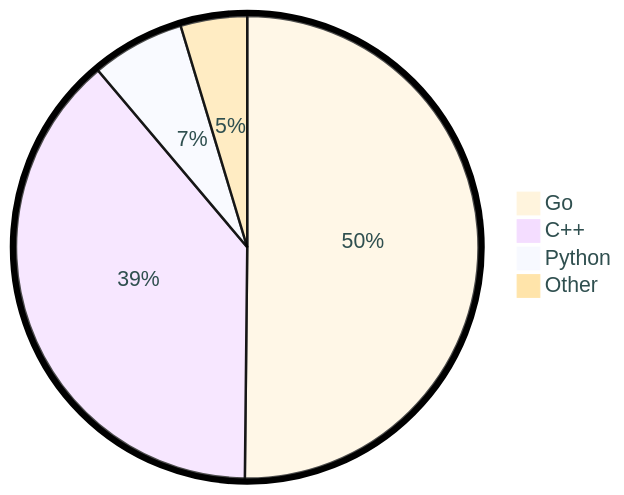
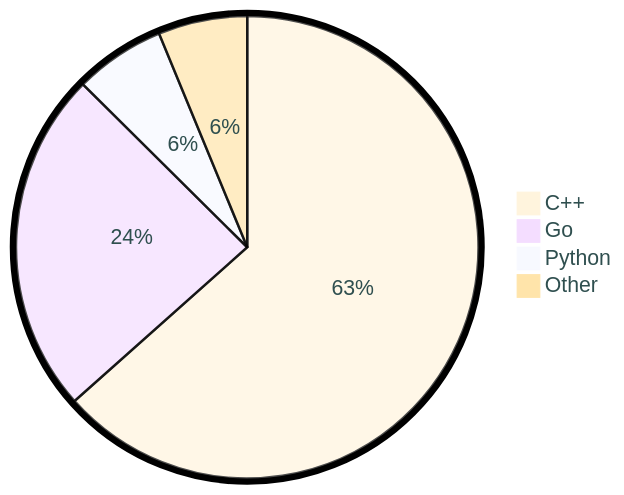
Before and after one commit to tot0p/tot0p: the diagram in README.md, drawn with Mermaid. The commit also changed other lines of this file, not shown here.

````diff
--- a/README.md
+++ b/README.md
@@ -85,8 +79,8 @@
 ```mermaid
 %%{init: {"pie": {"textPosition": 0.5}, "themeVariables": {"pieOuterStrokeWidth": "5px","primaryTextColor" : "#2F4F4F"},"theme":"base"} }%%
 pie
-	"Go": 50.18
-	"C++": 38.69
-	"Python": 6.51
-	"Other": 4.649999999999998
+	"C++": 63.42
+	"Go": 24.01
+	"Python": 6.34
+	"Other": 6.23
 ```
````
